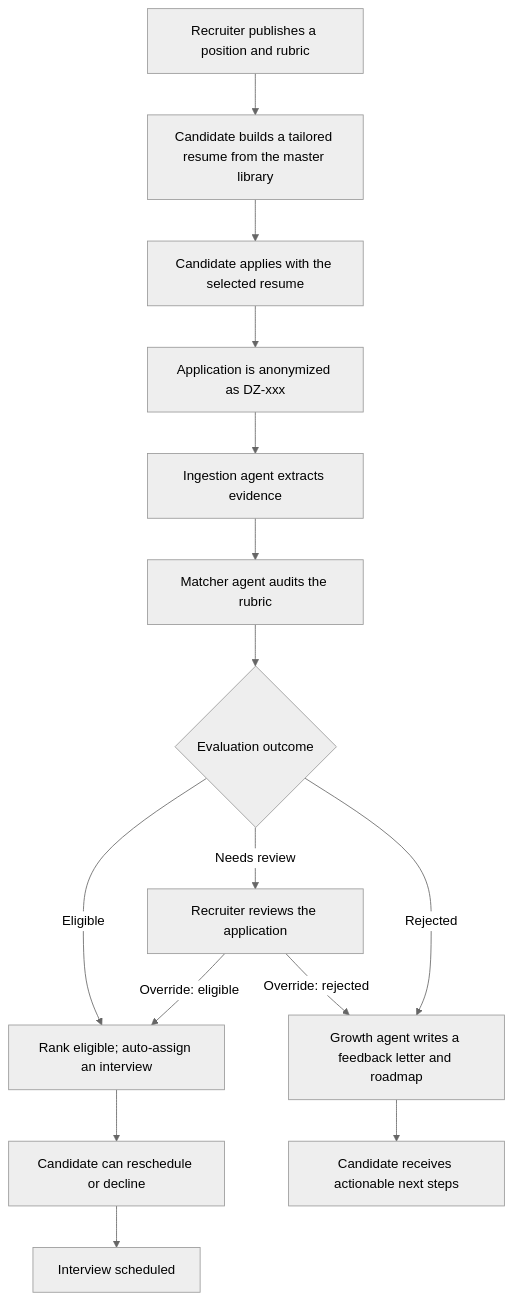
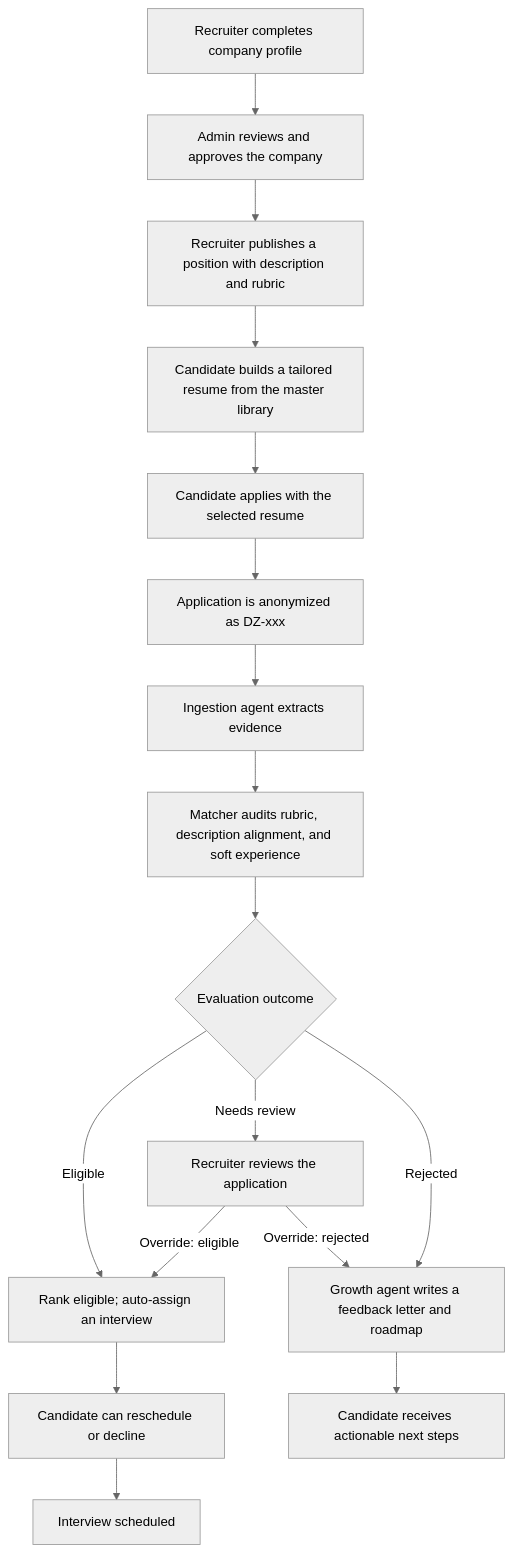
One commit to abderrahmenex86/Skillora changed the first of 4 diagrams in README.md. Above: the diagram before and after it, drawn with Mermaid (neutral theme). The commit also changed other lines of this file and 1 other file, not shown here.

Commit message:
docs: document company onboarding and job creation

````diff
--- a/README.md
+++ b/README.md
@@ -94,17 +98,19 @@
 ```mermaid
 flowchart TD
-    A[Recruiter publishes a position and rubric] --> B[Candidate builds a tailored resume from the master library]
+    A[Recruiter completes company profile] --> A2[Admin reviews and approves the company]
+    A2 --> A3[Recruiter publishes a position with description and rubric]
+    A3 --> B[Candidate builds a tailored resume from the master library]
     B --> C[Candidate applies with the selected resume]
     C --> D[Application is anonymized as DZ-xxx]
     D --> E[Ingestion agent extracts evidence]
-    E --> F[Matcher agent audits the rubric]
+    E --> F[Matcher audits rubric, description alignment, and soft experience]
     F --> G{Evaluation outcome}
     G -->|Eligible| H[Rank eligible; auto-assign an interview]
     G -->|Needs review| I[Recruiter reviews the application]
     G -->|Rejected| J[Growth agent writes a feedback letter and roadmap]
     H --> K[Candidate can reschedule or decline]
     K --> L[Interview scheduled]
     I -->|Override: eligible| H
     I -->|Override: rejected| J
     J --> M[Candidate receives actionable next steps]
 ```
````
